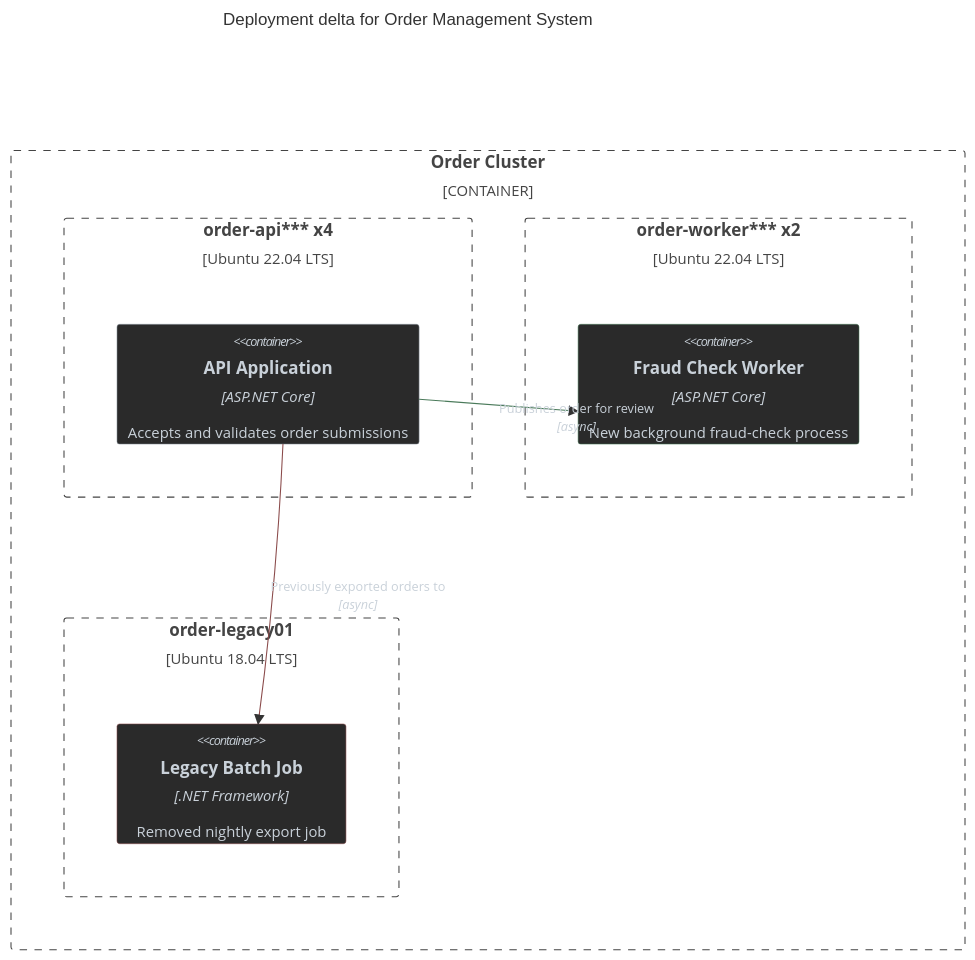
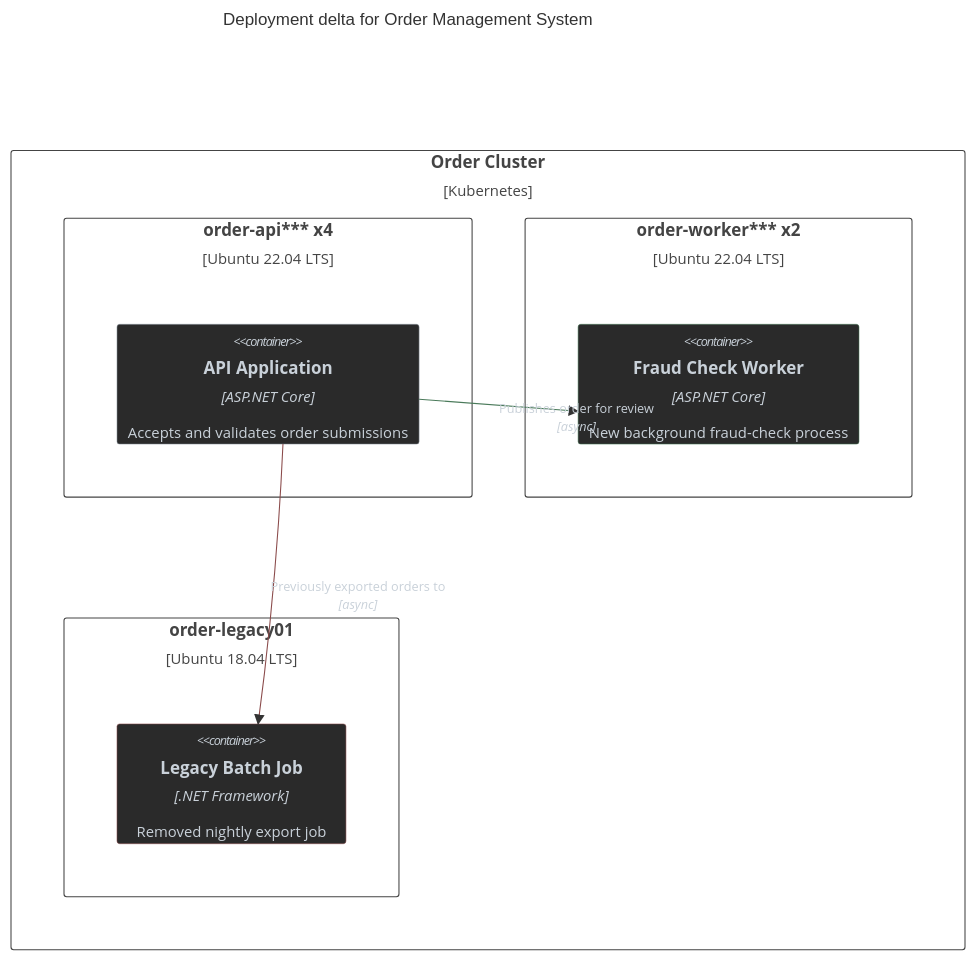
Before and after one commit to antshc/brain: the fifth of 5 diagrams in plugins/wf/skills/architecture-diagram/README.md, drawn with Mermaid. The commit also changed other lines of this file, not shown here.

Commit message:
Update deployment examples to C4Deployment

````diff
--- a/plugins/wf/skills/architecture-diagram/README.md
+++ b/plugins/wf/skills/architecture-diagram/README.md
@@ -229,31 +229,31 @@
 ```mermaid
 ---
 config:
   c4:
     c4ShapePadding: 20
 ---
-C4Container
+C4Deployment
     title Deployment delta for Order Management System
 
-    Container_Boundary(cluster, "Order Cluster") {
-        Boundary(node1, "order-api*** x4", "Ubuntu 22.04 LTS") {
+    Deployment_Node(cluster, "Order Cluster", "Kubernetes") {
+        Deployment_Node(node1, "order-api*** x4", "Ubuntu 22.04 LTS") {
             Container(api, "API Application", "ASP.NET Core", "Accepts and validates order submissions")
         }
-        Boundary(node2, "order-worker*** x2", "Ubuntu 22.04 LTS") {
+        Deployment_Node(node2, "order-worker*** x2", "Ubuntu 22.04 LTS") {
             Container(worker, "Fraud Check Worker", "ASP.NET Core", "New background fraud-check process")
         }
-        Boundary(node3, "order-legacy01", "Ubuntu 18.04 LTS") {
+        Deployment_Node(node3, "order-legacy01", "Ubuntu 18.04 LTS") {
             Container(legacy, "Legacy Batch Job", ".NET Framework", "Removed nightly export job")
         }
     }
 
     Rel(api, worker, "Publishes order for review", "async")
     Rel(api, legacy, "Previously exported orders to", "async")
 
     UpdateElementStyle(api, $fontColor="#c9d1d9", $bgColor="#2a2a2a", $borderColor="#8b949e")
     UpdateElementStyle(worker, $fontColor="#c9d1d9", $bgColor="#2a2a2a", $borderColor="#4a7a5a")
     UpdateElementStyle(legacy, $fontColor="#c9d1d9", $bgColor="#2a2a2a", $borderColor="#8a4a4a")
 
     UpdateRelStyle(api, worker, $textColor="#c9d1d9", $lineColor="#4a7a5a")
     UpdateRelStyle(api, legacy, $textColor="#c9d1d9", $lineColor="#8a4a4a")
 ```
````
